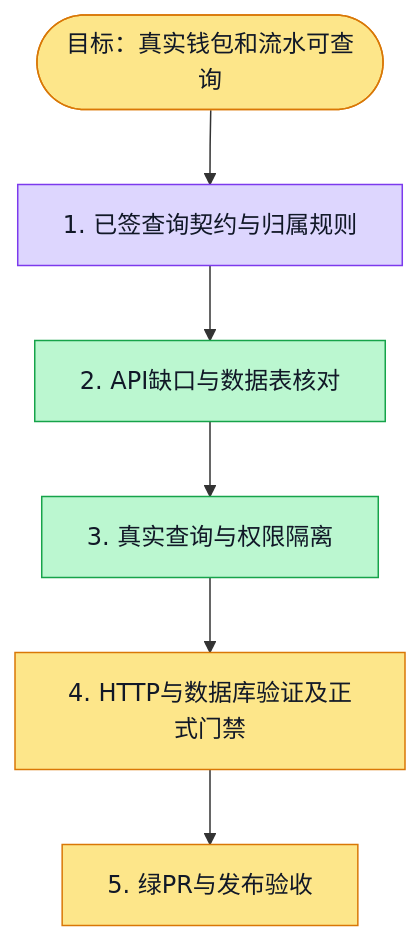
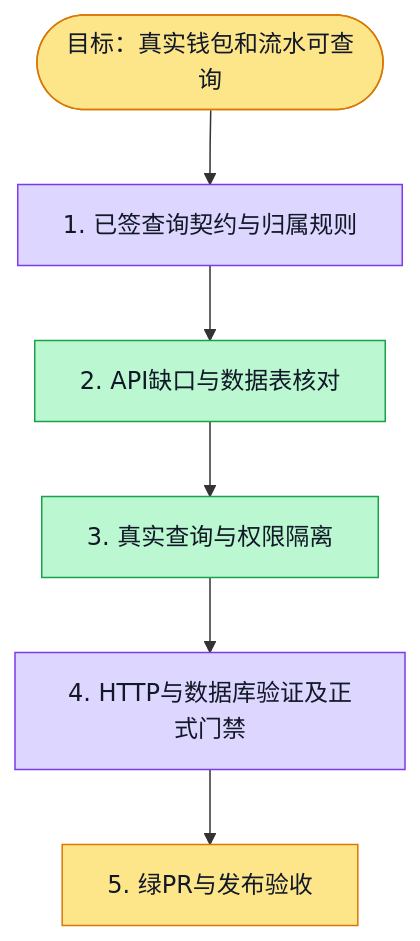
The diagram in phases/phase-21-billing-payment/sprints/sprint-03/plans/F03.plan.md (boardx/workspacex), drawn with Mermaid before and after one commit. The commit also changed 19 other files, not shown here.

````diff
--- a/phases/phase-21-billing-payment/sprints/sprint-03/plans/F03.plan.md
+++ b/phases/phase-21-billing-payment/sprints/sprint-03/plans/F03.plan.md
@@ -17,25 +17,26 @@
 ```mermaid
 flowchart TD
   G([目标：真实钱包和流水可查询])
   S1[1. 已签查询契约与归属规则]
   S2[2. API缺口与数据表核对]
   S3[3. 真实查询与权限隔离]
   S4[4. HTTP与数据库验证及正式门禁]
   S5[5. 绿PR与发布验收]
 
   G --> S1 --> S2 --> S3 --> S4 --> S5
 
   classDef todo fill:#e5e7eb,stroke:#6b7280,color:#111827
   classDef doing fill:#fde68a,stroke:#d97706,color:#111827
   classDef done fill:#bbf7d0,stroke:#16a34a,color:#111827
   classDef tested fill:#ddd6fe,stroke:#7c3aed,color:#111827
   classDef blocked fill:#fecaca,stroke:#dc2626,color:#111827
 
   class G doing
   class S1 tested
   %% evidence S1: 已签billing-credits束及既定verification；#5729记录真实缺口
   class S2 done
   class S3 done
-  class S4 doing
+  %% evidence S4: evidence/F03.verify.log exit0, source152cae57a, fingerprint30ab598aefe11c653a4e54ca4bbdcefcf0934047c337d299e4092356056fae6e
+  class S4 tested
   class S5 doing
 ```
````
